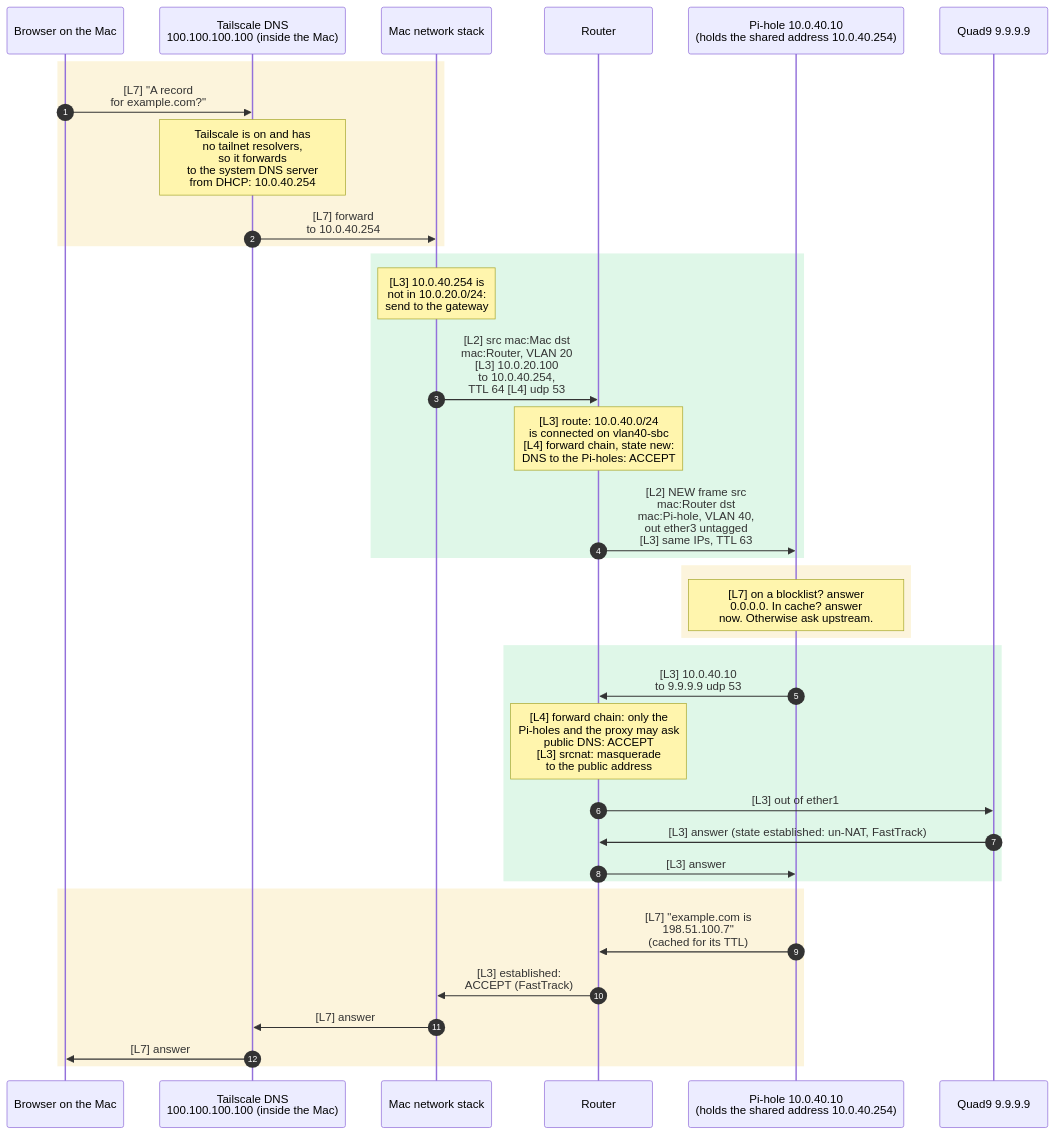
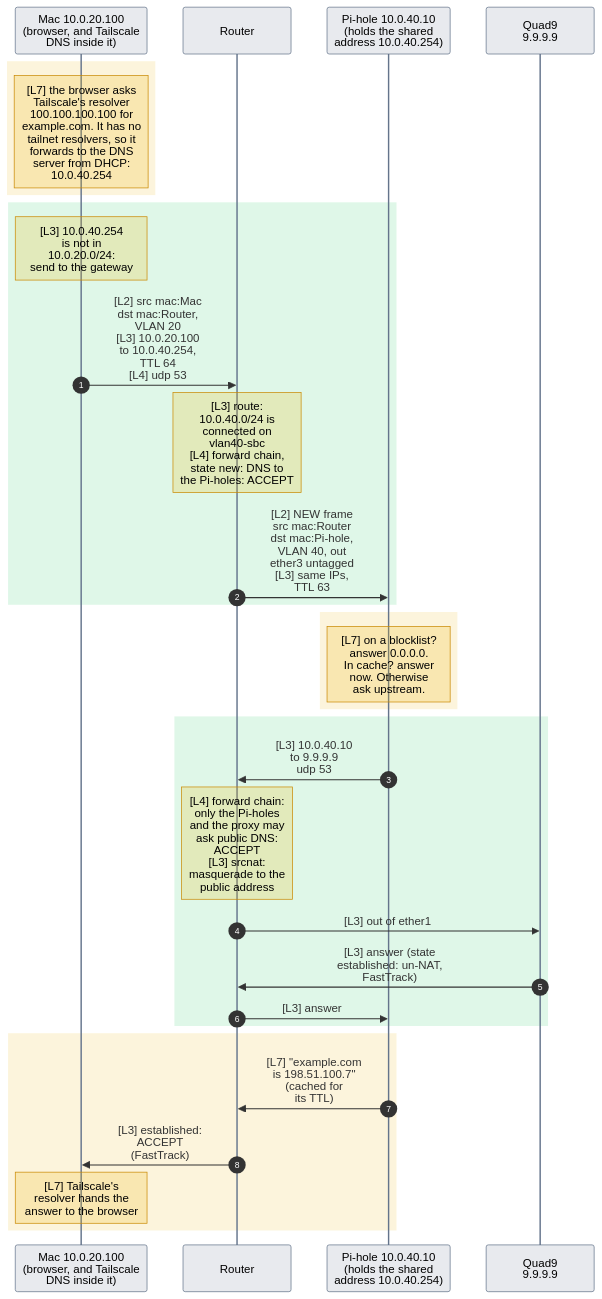
One commit to mithun3/tech-blog changed the third of 3 diagrams in content/pages/networking/basics/dns-fundamentals.mdx. Above: the diagram before and after it, drawn with Mermaid. The commit also changed other lines of this file and 8 other files, not shown here.

Commit message:
mermaid updates.

````diff
--- a/content/pages/networking/basics/dns-fundamentals.mdx
+++ b/content/pages/networking/basics/dns-fundamentals.mdx
@@ -55,37 +85,48 @@
 ```mermaid
+---
+config:
+  look: classic
+  fontFamily: "system-ui, -apple-system, Segoe UI, Roboto, Helvetica, Arial, sans-serif"
+  themeCSS: "rect.actor, rect.note { rx: 6px; ry: 6px; }"
+  themeVariables:
+    actorBkg: "#64748b26"
+    actorBorder: "#64748b"
+    actorLineColor: "#64748b"
+    noteBkgColor: "#eab30833"
+    noteBorderColor: "#ca8a04"
+    labelBoxBkgColor: "#64748b33"
+    labelBoxBorderColor: "#64748b"
+    activationBkgColor: "#64748b40"
+    activationBorderColor: "#64748b"
+---
 sequenceDiagram
     autonumber
-    participant App as Browser on the Mac
-    participant TS as Tailscale DNS<br/>100.100.100.100 (inside the Mac)
-    participant Mac as Mac network stack
+    participant Mac as Mac 10.0.20.100<br/>(browser, and Tailscale<br/>DNS inside it)
     participant RB as Router
-    participant PH as Pi-hole 10.0.40.10<br/>(holds the shared address 10.0.40.254)
-    participant Q9 as Quad9 9.9.9.9
+    participant PH as Pi-hole 10.0.40.10<br/>(holds the shared<br/>address 10.0.40.254)
+    participant Q9 as Quad9<br/>9.9.9.9
     rect rgba(234, 179, 8, 0.14)
-    App->>TS: [L7] "A record<br/>for example.com?"
-    Note over TS: Tailscale is on and has<br/>no tailnet resolvers,<br/>so it forwards<br/>to the system DNS server<br/>from DHCP: 10.0.40.254
-    TS->>Mac: [L7] forward<br/>to 10.0.40.254
+    Note over Mac: [L7] the browser asks<br/>Tailscale's resolver<br/>100.100.100.100 for<br/>example.com. It has no<br/>tailnet resolvers, so it<br/>forwards to the DNS<br/>server from DHCP:<br/>10.0.40.254
     end
     rect rgba(34, 197, 94, 0.14)
-    Note over Mac: [L3] 10.0.40.254 is<br/>not in 10.0.20.0/24:<br/>send to the gateway
-    Mac->>RB: [L2] src mac:Mac dst<br/>mac:Router, VLAN 20<br/>[L3] 10.0.20.100<br/>to 10.0.40.254,<br/>TTL 64 [L4] udp 53
-    Note over RB: [L3] route: 10.0.40.0/24<br/>is connected on vlan40-sbc<br/>[L4] forward chain, state new:<br/>DNS to the Pi-holes: ACCEPT
-    RB->>PH: [L2] NEW frame src<br/>mac:Router dst<br/>mac:Pi-hole, VLAN 40,<br/>out ether3 untagged<br/>[L3] same IPs, TTL 63
+    Note over Mac: [L3] 10.0.40.254<br/>is not in<br/>10.0.20.0/24:<br/>send to the gateway
+    Mac->>RB: [L2] src mac:Mac<br/>dst mac:Router,<br/>VLAN 20<br/>[L3] 10.0.20.100<br/>to 10.0.40.254,<br/>TTL 64<br/>[L4] udp 53
+    Note over RB: [L3] route:<br/>10.0.40.0/24 is<br/>connected on<br/>vlan40-sbc<br/>[L4] forward chain,<br/>state new: DNS to<br/>the Pi-holes: ACCEPT
+    RB->>PH: [L2] NEW frame<br/>src mac:Router<br/>dst mac:Pi-hole,<br/>VLAN 40, out<br/>ether3 untagged<br/>[L3] same IPs,<br/>TTL 63
     end
     rect rgba(234, 179, 8, 0.14)
-    Note over PH: [L7] on a blocklist? answer<br/>0.0.0.0. In cache? answer<br/>now. Otherwise ask upstream.
+    Note over PH: [L7] on a blocklist?<br/>answer 0.0.0.0.<br/>In cache? answer<br/>now. Otherwise<br/>ask upstream.
     end
     rect rgba(34, 197, 94, 0.14)
-    PH->>RB: [L3] 10.0.40.10<br/>to 9.9.9.9 udp 53
-    Note over RB: [L4] forward chain: only the<br/>Pi-holes and the proxy may ask<br/>public DNS: ACCEPT<br/>[L3] srcnat: masquerade<br/>to the public address
+    PH->>RB: [L3] 10.0.40.10<br/>to 9.9.9.9<br/>udp 53
+    Note over RB: [L4] forward chain:<br/>only the Pi-holes<br/>and the proxy may<br/>ask public DNS:<br/>ACCEPT<br/>[L3] srcnat:<br/>masquerade to the<br/>public address
     RB->>Q9: [L3] out of ether1
-    Q9->>RB: [L3] answer (state established: un-NAT, FastTrack)
+    Q9->>RB: [L3] answer (state<br/>established: un-NAT,<br/>FastTrack)
     RB->>PH: [L3] answer
     end
     rect rgba(234, 179, 8, 0.14)
-    PH->>RB: [L7] "example.com is<br/>198.51.100.7"<br/>(cached for its TTL)
-    RB->>Mac: [L3] established:<br/>ACCEPT (FastTrack)
-    Mac->>TS: [L7] answer
-    TS->>App: [L7] answer
+    PH->>RB: [L7] "example.com<br/>is 198.51.100.7"<br/>(cached for<br/>its TTL)
+    RB->>Mac: [L3] established:<br/>ACCEPT<br/>(FastTrack)
+    Note over Mac: [L7] Tailscale's<br/>resolver hands the<br/>answer to the browser
     end
 ```
````
